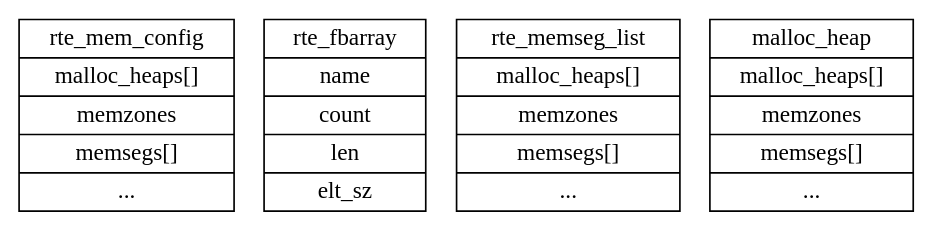
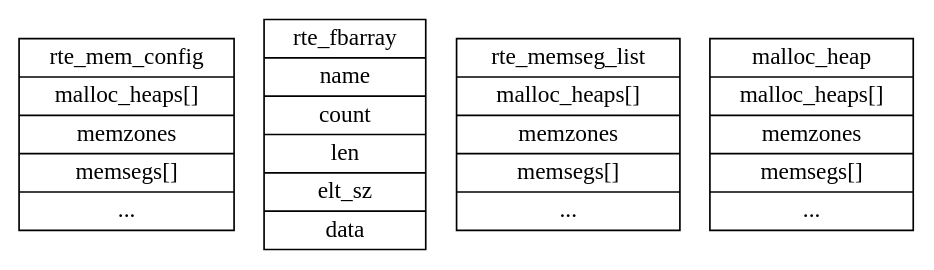
The diagram in dpdk/内存管理.md (sisyphus1212/note), drawn with Graphviz before and after one commit.

Commit message:
auto_update

````diff
--- a/dpdk/内存管理.md
+++ b/dpdk/内存管理.md
@@ -16,44 +16,45 @@
 ```graphviz
 digraph {
 	rte_mem_config[
 		label = "{
 		rte_mem_config|
         malloc_heaps[]|
 		memzones|
 		memsegs[]|
 		...
 		}",
 		shape = "record"
 	];
 	rte_fbarray[
 		label = "{
 		rte_fbarray|
         name|
 		count|
 		len|
-		elt_sz
+		elt_sz|
+		data
 		}",
 		shape = "record"
 	];
 	rte_memseg_list[
 		label = "{
 		rte_memseg_list|
         malloc_heaps[]|
 		memzones|
 		memsegs[]|
 		...
 		}",
 		shape = "record"
 	];
 	malloc_heap[
 		label = "{
 		malloc_heap|
         malloc_heaps[]|
 		memzones|
 		memsegs[]|
 		...
 		}",
 		shape = "record"
 	];
 }
 ```
````
